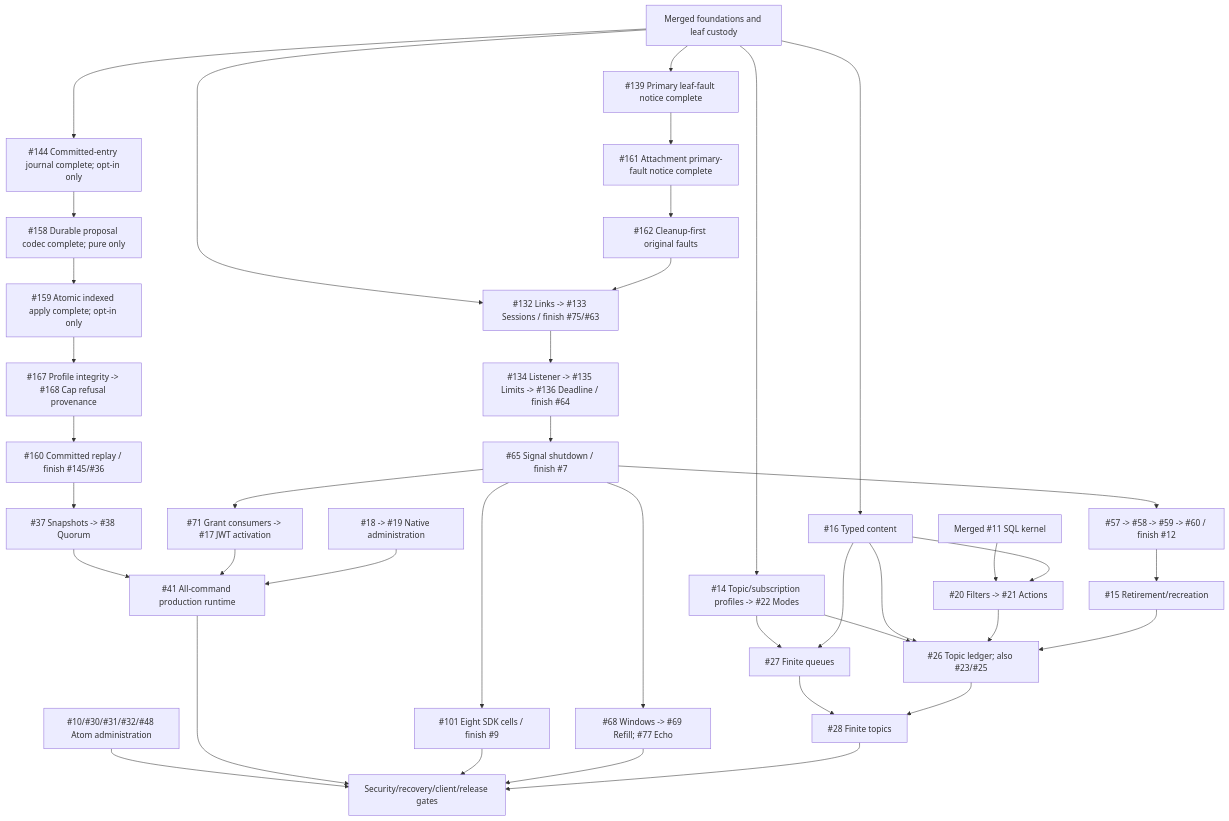
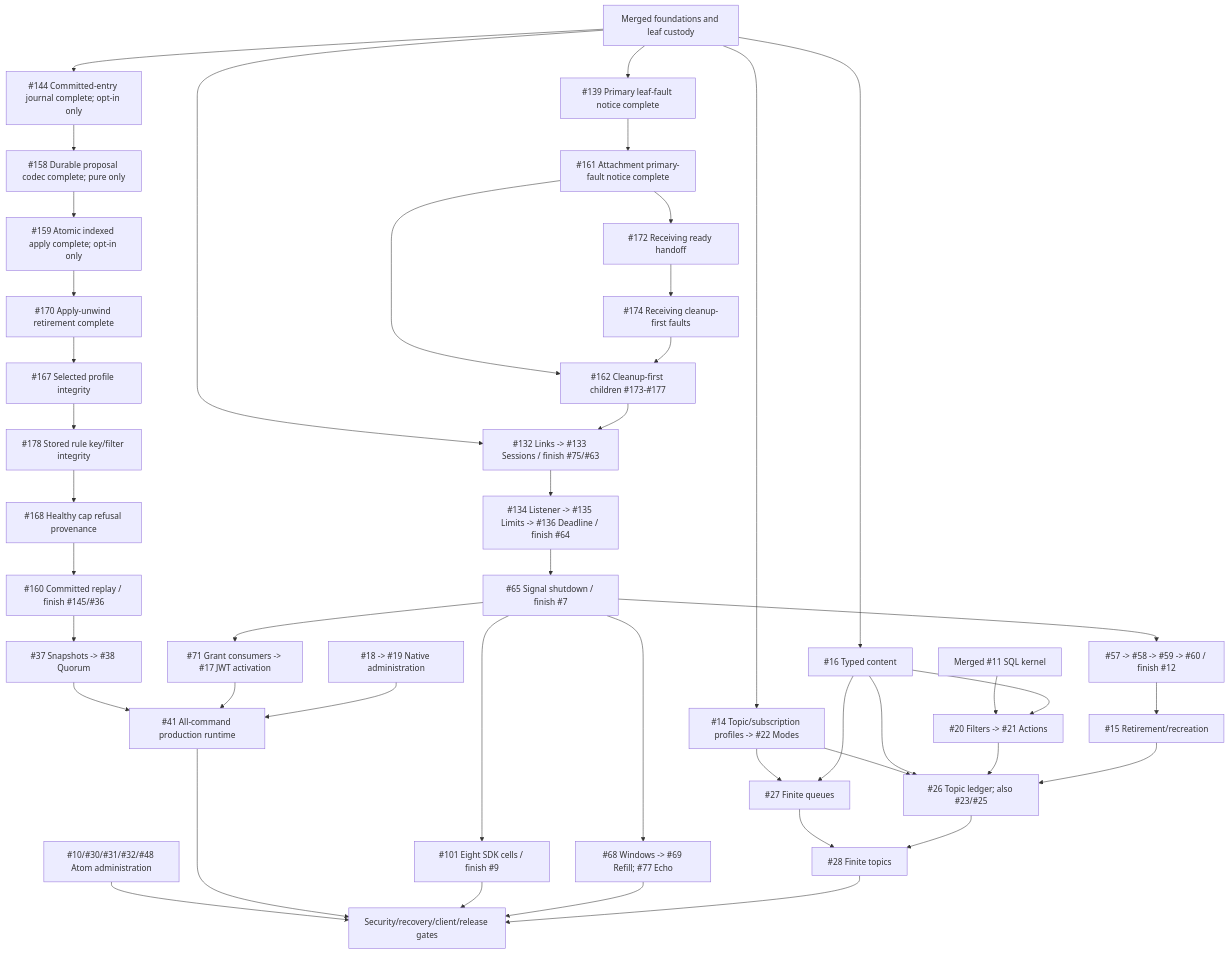
Before and after one commit to DeandreT/switchyard: the diagram in docs/roadmap.md, drawn with Mermaid. The commit also changed other lines of this file and 4 other files, not shown here.

````diff
--- a/docs/roadmap.md
+++ b/docs/roadmap.md
@@ -65,41 +66,47 @@
 ```mermaid
 flowchart TD
     Main["Merged foundations and leaf custody"] --> Fault["#139 Primary leaf-fault notice complete"]
     Main --> Trees
     Fault --> AttachFault["#161 Attachment primary-fault notice complete"]
-    AttachFault --> DrainFault["#162 Cleanup-first original faults"]
+    AttachFault --> DrainFault["#162 Cleanup-first children #173-#177"]
+    AttachFault --> Handoff["#172 Receiving ready handoff"]
+    Handoff --> ReceivingFault["#174 Receiving cleanup-first faults"]
+    ReceivingFault --> DrainFault
     DrainFault --> Trees["#132 Links -> #133 Sessions / finish #75/#63"]
     Trees --> Admission["#134 Listener -> #135 Limits -> #136 Deadline / finish #64"]
     Admission --> Signals["#65 Signal shutdown / finish #7"]
     Signals --> Authority["#57 -> #58 -> #59 -> #60 / finish #12"]
     Authority --> Delete["#15 Retirement/recreation"]
     Signals --> Grants["#71 Grant consumers -> #17 JWT activation"]
     Signals --> Matrix["#101 Eight SDK cells / finish #9"]
     Signals --> Windows["#68 Windows -> #69 Refill; #77 Echo"]
     Main --> Profiles["#14 Topic/subscription profiles -> #22 Modes"]
     Main --> Content["#16 Typed content"]
     Kernel["Merged #11 SQL kernel"] --> Rules["#20 Filters -> #21 Actions"]
     Content --> Rules
     Profiles --> Queue["#27 Finite queues"]
     Content --> Queue
     Profiles --> Ledger["#26 Topic ledger; also #23/#25"]
     Content --> Ledger
     Rules --> Ledger
     Delete --> Ledger
     Queue --> Topic["#28 Finite topics"]
     Ledger --> Topic
     Main --> Journal["#144 Committed-entry journal complete; opt-in only"]
     Journal --> Proposal["#158 Durable proposal codec complete; pure only"]
     Proposal --> Checkpoint["#159 Atomic indexed apply complete; opt-in only"]
-    Checkpoint --> Integrity["#167 Profile integrity -> #168 Cap refusal provenance"]
-    Integrity --> Log["#160 Committed replay / finish #145/#36"]
+    Checkpoint --> Panic["#170 Apply-unwind retirement complete"]
+    Panic --> Integrity["#167 Selected profile integrity"]
+    Integrity --> RuleIntegrity["#178 Stored rule key/filter integrity"]
+    RuleIntegrity --> Cap["#168 Healthy cap refusal provenance"]
+    Cap --> Log["#160 Committed replay / finish #145/#36"]
     Log --> Snapshots["#37 Snapshots -> #38 Quorum"]
     Snapshots --> Runtime["#41 All-command production runtime"]
     Grants --> Runtime
     Admin["#18 -> #19 Native administration"] --> Runtime
     Atom["#10/#30/#31/#32/#48 Atom administration"] --> Gates
     Runtime --> Gates["Security/recovery/client/release gates"]
     Matrix --> Gates
     Windows --> Gates
     Topic --> Gates
 ```
````
